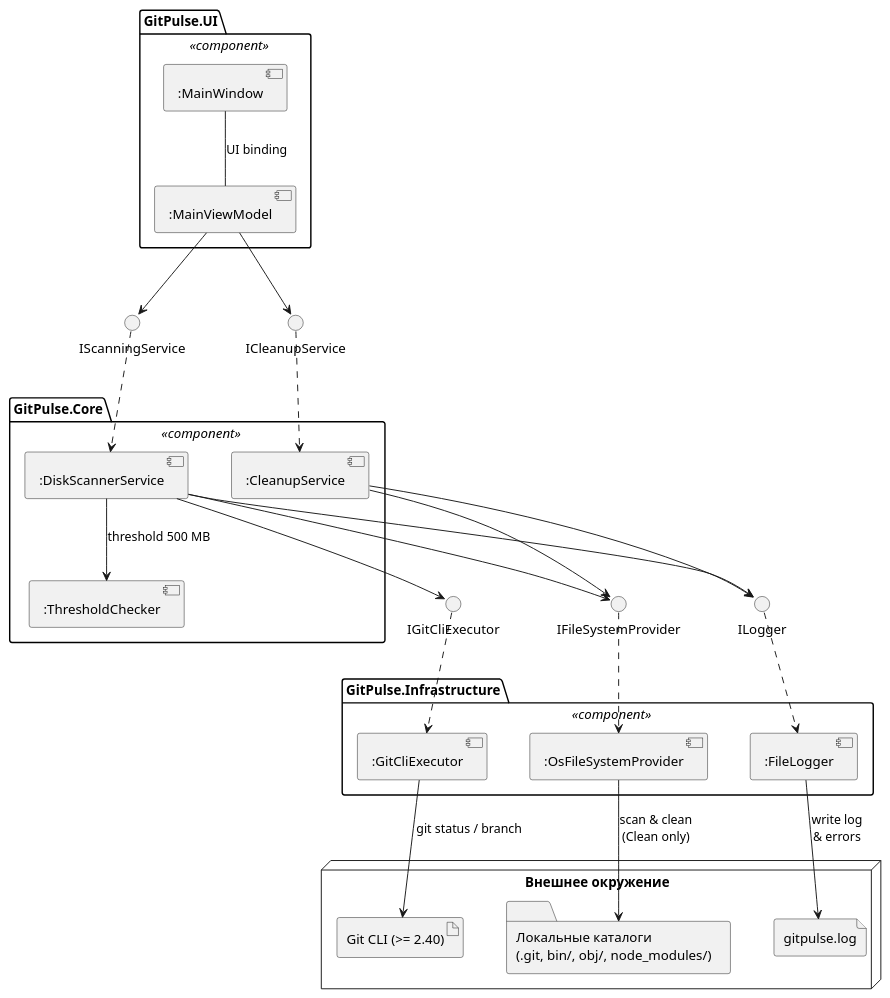
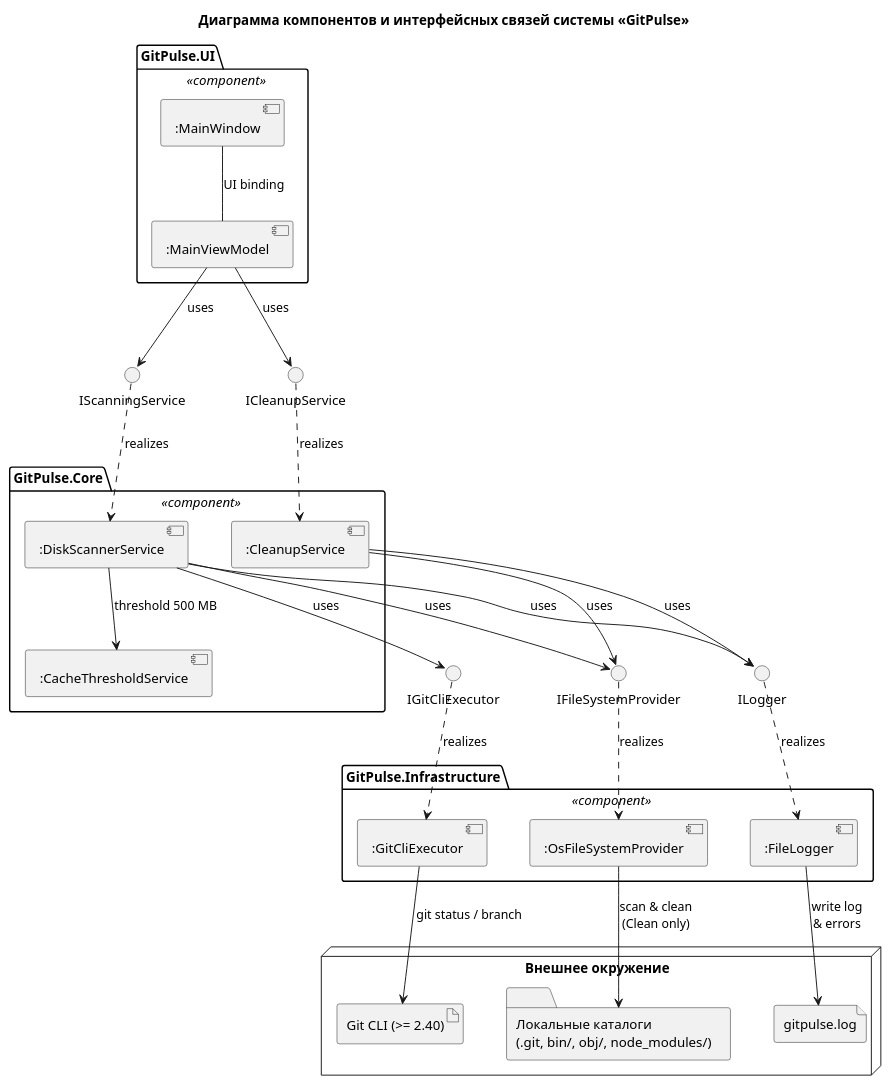
One commit to BSUIR-SDLC/SDLC changed the diagram in diagrams/gitpulse-components.puml. Above: the diagram before and after it, drawn with PlantUML. The commit also changed 19 other files, not shown here.

Commit message:
docs: синхронизировать документацию и диаграммы после согласования

```diff
--- a/diagrams/gitpulse-components.puml
+++ b/diagrams/gitpulse-components.puml
@@ -1,59 +1,63 @@
 @startuml gitpulse-components
+title Диаграмма компонентов и интерфейсных связей системы «GitPulse»
 skinparam componentStyle uml2
 skinparam shadowing false
 skinparam ranksep 60
 skinparam nodesep 45
+skinparam component {
+  stereotypeFontSize 0
+}
 
 package "GitPulse.UI" <<component>> {
   component ":MainWindow" as MainWindow
   component ":MainViewModel" as MainViewModel
   MainWindow -- MainViewModel : UI binding
 }
 
 interface "IScanningService" as IScanning
 interface "ICleanupService" as ICleanup
 
-MainViewModel --> IScanning
-MainViewModel --> ICleanup
+MainViewModel --> IScanning : uses
+MainViewModel --> ICleanup : uses
 
 package "GitPulse.Core" <<component>> {
   component ":DiskScannerService" as DiskScanner
   component ":CleanupService" as Cleanup
-  component ":ThresholdChecker" as Threshold
+  component ":CacheThresholdService" as Threshold
 
-  IScanning ..> DiskScanner
-  ICleanup ..> Cleanup
+  IScanning ..> DiskScanner : realizes
+  ICleanup ..> Cleanup : realizes
   DiskScanner --> Threshold : threshold 500 MB
 }
 
 interface "IGitCliExecutor" as IGitCli
 interface "IFileSystemProvider" as IFileSystem
 interface "ILogger" as ILogger
 
-DiskScanner --> IGitCli
-DiskScanner --> IFileSystem
-DiskScanner --> ILogger
-Cleanup --> IFileSystem
-Cleanup --> ILogger
+DiskScanner --> IGitCli : uses
+DiskScanner --> IFileSystem : uses
+DiskScanner --> ILogger : uses
+Cleanup --> IFileSystem : uses
+Cleanup --> ILogger : uses
 
 package "GitPulse.Infrastructure" <<component>> {
   component ":GitCliExecutor" as GitCliComp
   component ":OsFileSystemProvider" as FsComp
   component ":FileLogger" as LogComp
 
-  IGitCli ..> GitCliComp
-  IFileSystem ..> FsComp
-  ILogger ..> LogComp
+  IGitCli ..> GitCliComp : realizes
+  IFileSystem ..> FsComp : realizes
+  ILogger ..> LogComp : realizes
 }
 
 node "Внешнее окружение" as ExtEnv {
   artifact "Git CLI (>= 2.40)" as GitCliExt
   folder "Локальные каталоги\n(.git, bin/, obj/, node_modules/)" as FsExt
   file "gitpulse.log" as LogExt
 }
 
 GitCliComp --> GitCliExt : git status / branch
 FsComp --> FsExt : scan & clean\n(Clean only)
 LogComp --> LogExt : write log\n& errors
 
 @enduml
```
